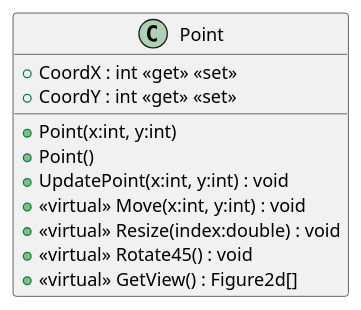
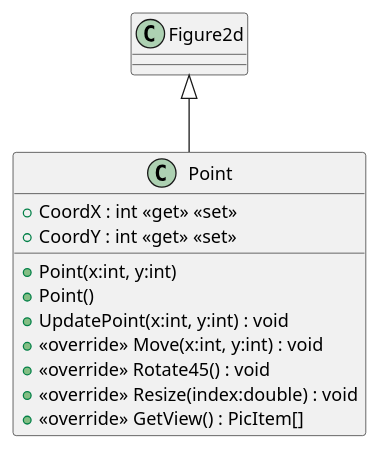
The diagram in plantuml/20240701_HW_Inheritence/Point.puml (19vano97/levelUpOOP), drawn with PlantUML before and after one commit. The commit also changed 32 other files, not shown here.

```diff
--- a/plantuml/20240701_HW_Inheritence/Point.puml
+++ b/plantuml/20240701_HW_Inheritence/Point.puml
@@ -1,13 +1,14 @@
 @startuml
 class Point {
     + Point(x:int, y:int)
     + Point()
     + CoordX : int <<get>> <<set>>
     + CoordY : int <<get>> <<set>>
     + UpdatePoint(x:int, y:int) : void
-    + <<virtual>> Move(x:int, y:int) : void
-    + <<virtual>> Resize(index:double) : void
-    + <<virtual>> Rotate45() : void
-    + <<virtual>> GetView() : Figure2d[]
+    + <<override>> Move(x:int, y:int) : void
+    + <<override>> Rotate45() : void
+    + <<override>> Resize(index:double) : void
+    + <<override>> GetView() : PicItem[]
 }
+Figure2d <|-- Point
 @enduml
```
